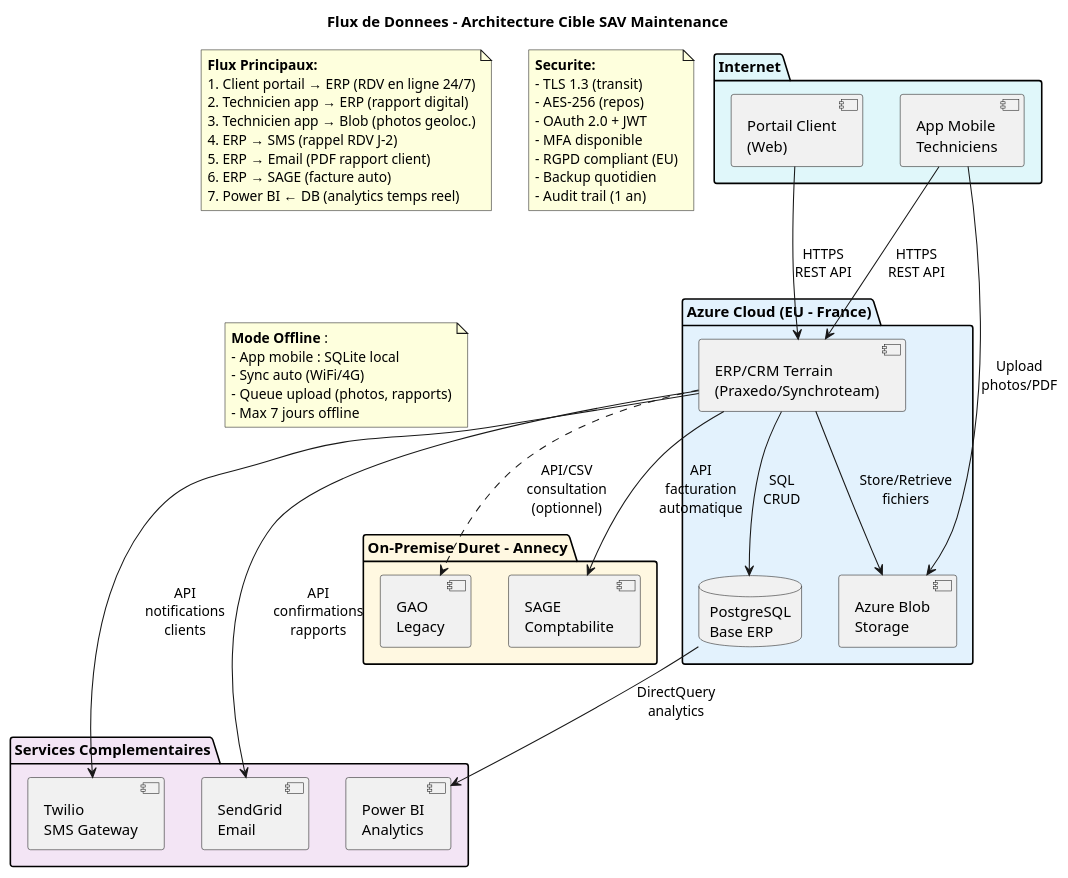
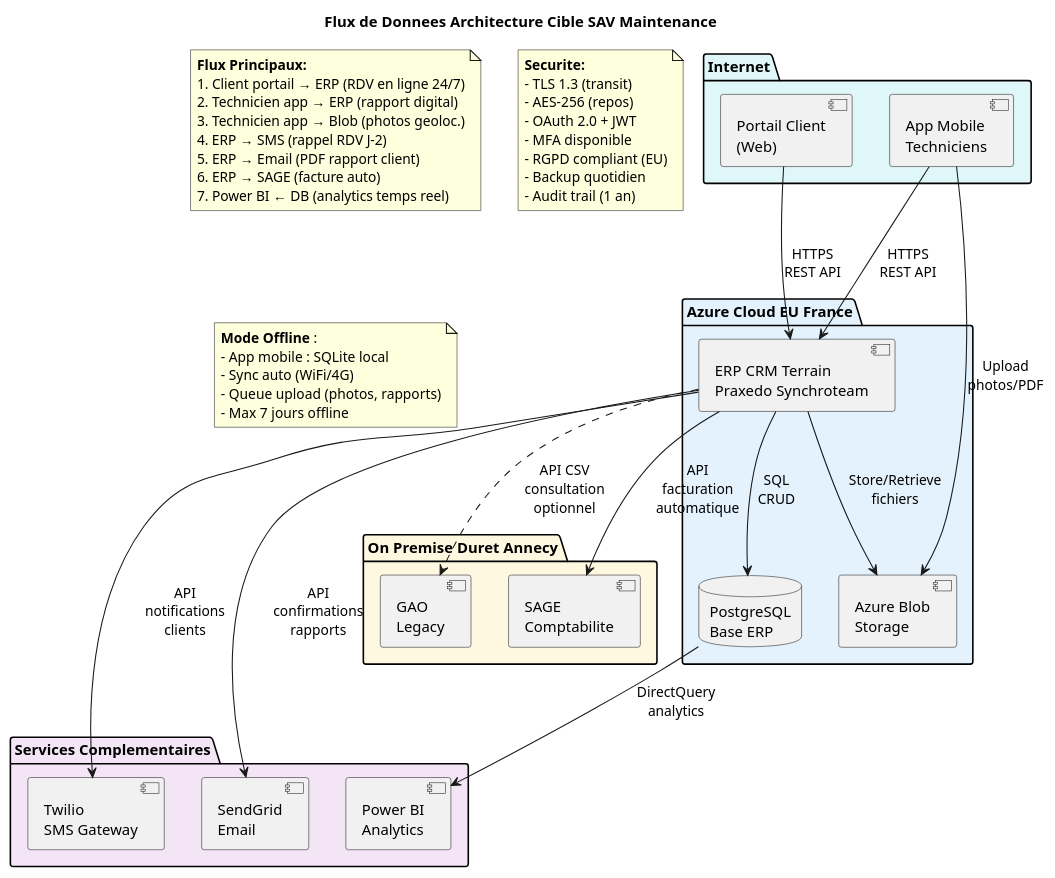
The diagram in Maintenance-Technique/uml/12_network_flux_donnees.puml (JordanSerafini/Audit_Duret), drawn with PlantUML before and after one commit. The commit also changed 26 other files, not shown here.

```diff
--- a/Maintenance-Technique/uml/12_network_flux_donnees.puml
+++ b/Maintenance-Technique/uml/12_network_flux_donnees.puml
@@ -1,72 +1,72 @@
 @startuml Network_Flux_Donnees
 
-title Flux de Donnees - Architecture Cible SAV Maintenance
+title Flux de Donnees Architecture Cible SAV Maintenance
 
 package "Internet" #E0F7FA {
   [Portail Client\n(Web)] as client
   [App Mobile\nTechniciens] as mobile
 }
 
-package "Azure Cloud (EU - France)" #E3F2FD {
-  [ERP/CRM Terrain\n(Praxedo/Synchroteam)] as erp
+package "Azure Cloud EU France" #E3F2FD {
+  [ERP CRM Terrain\nPraxedo Synchroteam] as erp
   [Azure Blob\nStorage] as blob
   database "PostgreSQL\nBase ERP" as db
 }
 
 package "Services Complementaires" #F3E5F5 {
   [Twilio\nSMS Gateway] as sms
   [SendGrid\nEmail] as email
   [Power BI\nAnalytics] as powerbi
 }
 
-package "On-Premise Duret - Annecy" #FFF8E1 {
+package "On Premise Duret Annecy" #FFF8E1 {
   [GAO\nLegacy] as gao
   [SAGE\nComptabilite] as sage
 }
 
 client --> erp : HTTPS\nREST API
 mobile --> erp : HTTPS\nREST API
 mobile --> blob : Upload\nphotos/PDF
 
 erp --> db : SQL\nCRUD
 erp --> blob : Store/Retrieve\nfichiers
 
 erp --> sms : API\nnotifications\nclients
 erp --> email : API\nconfirmations\nrapports
 
 db --> powerbi : DirectQuery\nanalytics
 
-erp ..> gao : API/CSV\nconsultation\n(optionnel)
+erp ..> gao : API CSV\nconsultation\noptionnel
 erp --> sage : API\nfacturation\nautomatique
 
 note as N1
   **Flux Principaux:**
   1. Client portail → ERP (RDV en ligne 24/7)
   2. Technicien app → ERP (rapport digital)
   3. Technicien app → Blob (photos geoloc.)
   4. ERP → SMS (rappel RDV J-2)
   5. ERP → Email (PDF rapport client)
   6. ERP → SAGE (facture auto)
   7. Power BI ← DB (analytics temps reel)
 end note
 
 note as N2
   **Securite:**
   - TLS 1.3 (transit)
   - AES-256 (repos)
   - OAuth 2.0 + JWT
   - MFA disponible
   - RGPD compliant (EU)
   - Backup quotidien
   - Audit trail (1 an)
 end note
 
 note as N3
   **Mode Offline** :
   - App mobile : SQLite local
   - Sync auto (WiFi/4G)
   - Queue upload (photos, rapports)
   - Max 7 jours offline
 end note
 
 @enduml
```
